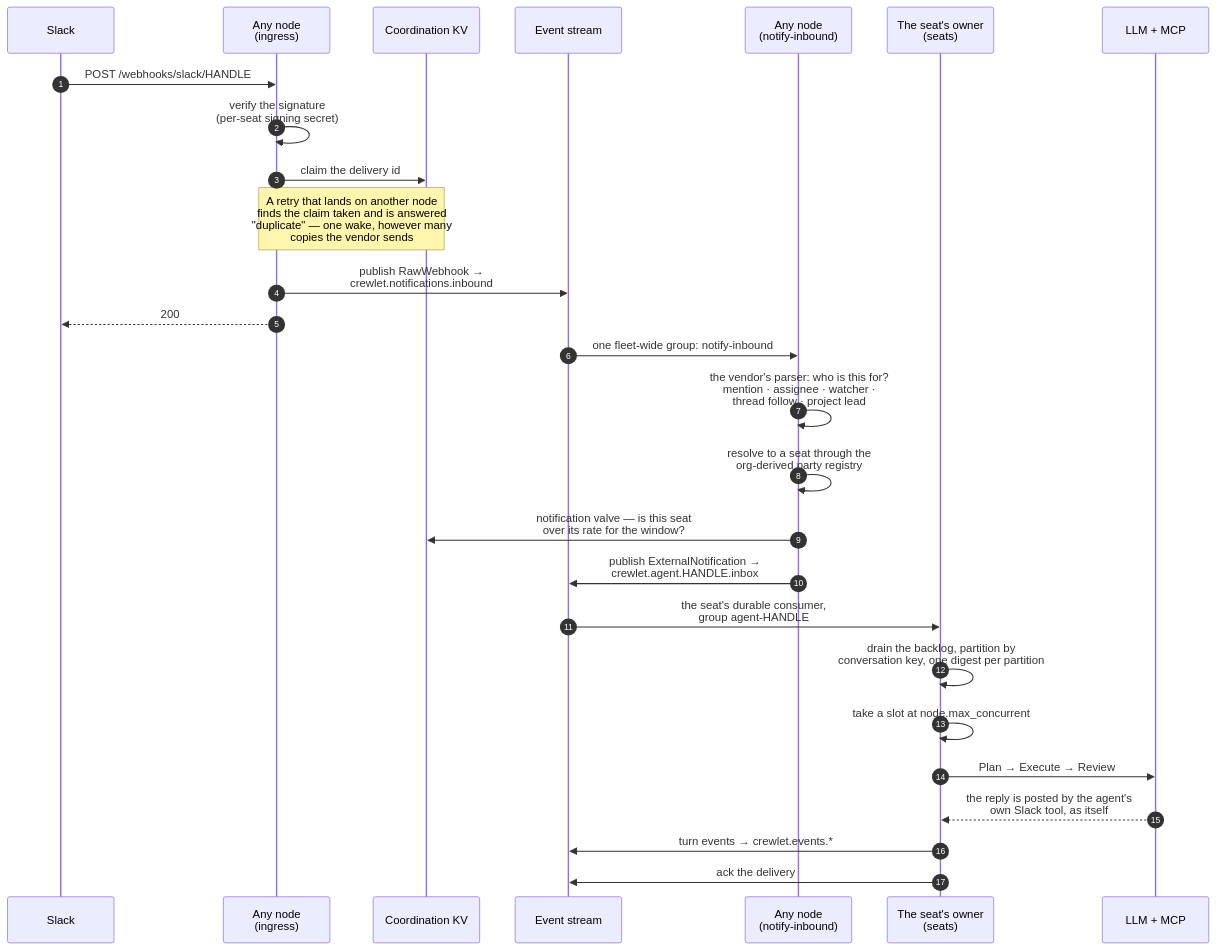
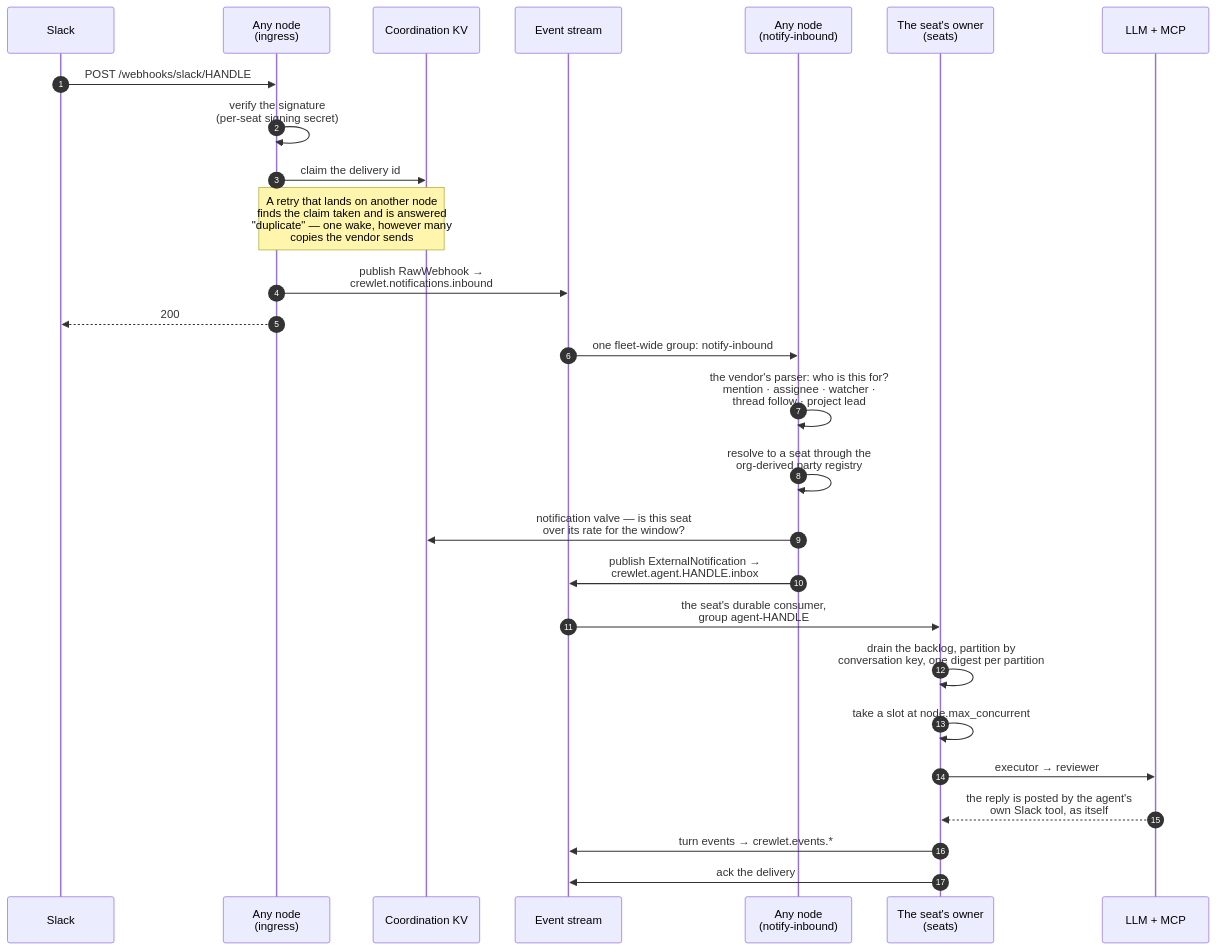
One commit to crewlet/crewlet changed the third of 6 diagrams in docs/concepts/architecture.md. Above: the diagram before and after it, drawn with Mermaid. The commit also changed other lines of this file and 194 other files, not shown here.

````diff
--- a/docs/concepts/architecture.md
+++ b/docs/concepts/architecture.md
@@ -242,30 +242,30 @@
 ```mermaid
 sequenceDiagram
     autonumber
     participant V as Slack
     participant I as Any node<br/>(ingress)
     participant KV as Coordination KV
     participant S as Event stream
     participant R as Any node<br/>(notify-inbound)
     participant O as The seat's owner<br/>(seats)
     participant M as LLM + MCP
 
     V->>I: POST /webhooks/slack/HANDLE
     I->>I: verify the signature<br/>(per-seat signing secret)
     I->>KV: claim the delivery id
     Note over I,KV: A retry that lands on another node<br/>finds the claim taken and is answered<br/>"duplicate" — one wake, however many<br/>copies the vendor sends
     I->>S: publish RawWebhook →<br/>crewlet.notifications.inbound
     I-->>V: 200
     S->>R: one fleet-wide group: notify-inbound
     R->>R: the vendor's parser: who is this for?<br/>mention · assignee · watcher ·<br/>thread follow · project lead
     R->>R: resolve to a seat through the<br/>org-derived party registry
     R->>KV: notification valve — is this seat<br/>over its rate for the window?
     R->>S: publish ExternalNotification →<br/>crewlet.agent.HANDLE.inbox
     S->>O: the seat's durable consumer,<br/>group agent-HANDLE
     O->>O: drain the backlog, partition by<br/>conversation key, one digest per partition
     O->>O: take a slot at node.max_concurrent
-    O->>M: Plan → Execute → Review
+    O->>M: executor → reviewer
     M-->>O: the reply is posted by the agent's<br/>own Slack tool, as itself
     O->>S: turn events → crewlet.events.*
     O->>S: ack the delivery
 ```
````
